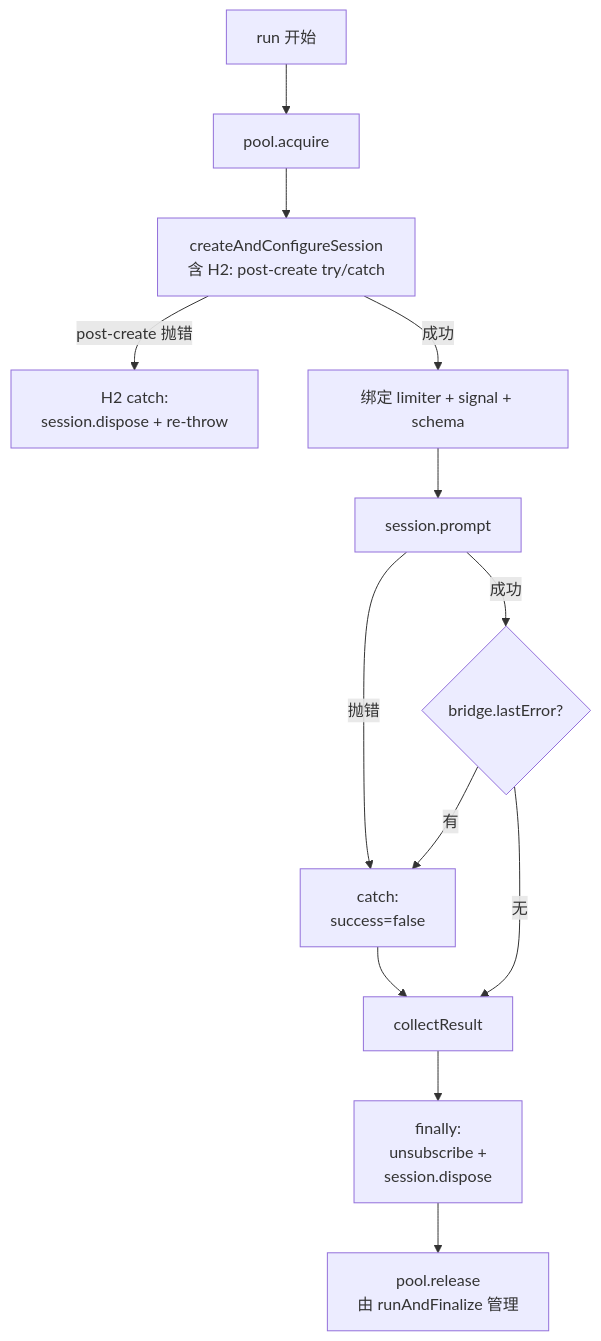
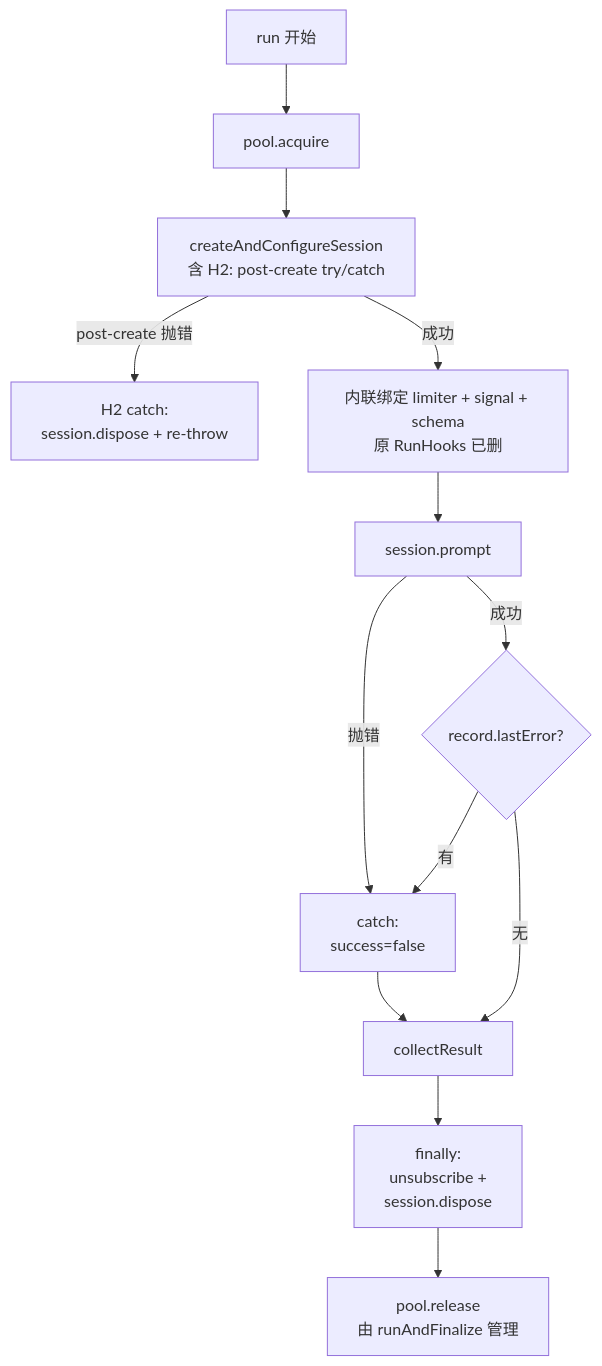
One commit to zhushanwen321/xyz-pi-extensions changed the third of 3 diagrams in docs/subagents/session-runner.md. Above: the diagram before and after it, drawn with Mermaid. The commit also changed other lines of this file and 7 other files, not shown here.

````diff
--- a/docs/subagents/session-runner.md
+++ b/docs/subagents/session-runner.md
@@ -197,15 +173,15 @@
 ```mermaid
 flowchart TD
     Start[run 开始] --> Acq[pool.acquire]
     Acq --> Session[createAndConfigureSession<br/>含 H2: post-create try/catch]
     Session -->|post-create 抛错| H2Catch[H2 catch:<br/>session.dispose + re-throw]
-    Session -->|成功| Bind[绑定 limiter + signal + schema]
+    Session -->|成功| Bind[内联绑定 limiter + signal + schema<br/>原 RunHooks 已删]
     Bind --> Prompt[session.prompt]
     Prompt -->|抛错| InnerCatch[catch:<br/>success=false]
-    Prompt -->|成功| CheckErr{bridge.lastError?}
+    Prompt -->|成功| CheckErr{record.lastError?}
     CheckErr -->|有| InnerCatch
     CheckErr -->|无| Collect[collectResult]
     InnerCatch --> Collect
     Collect --> Dispose[finally:<br/>unsubscribe +<br/>session.dispose]
     Dispose --> Release[pool.release<br/>由 runAndFinalize 管理]
 ```
````
